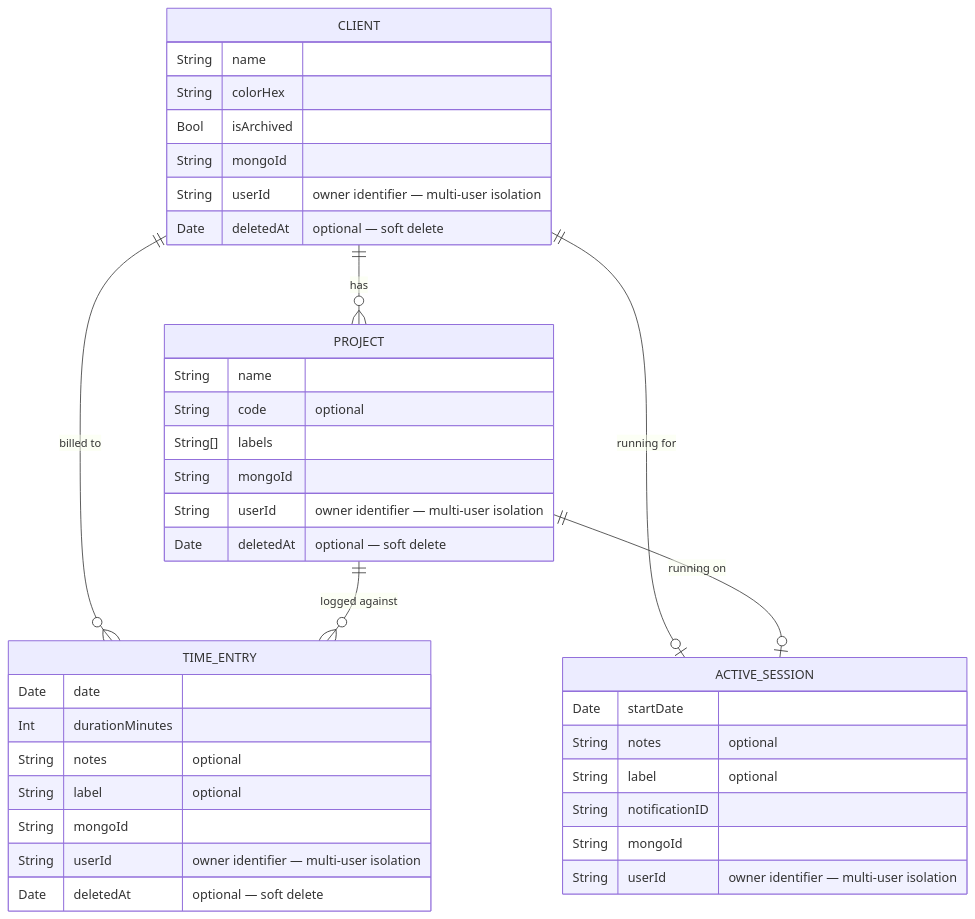
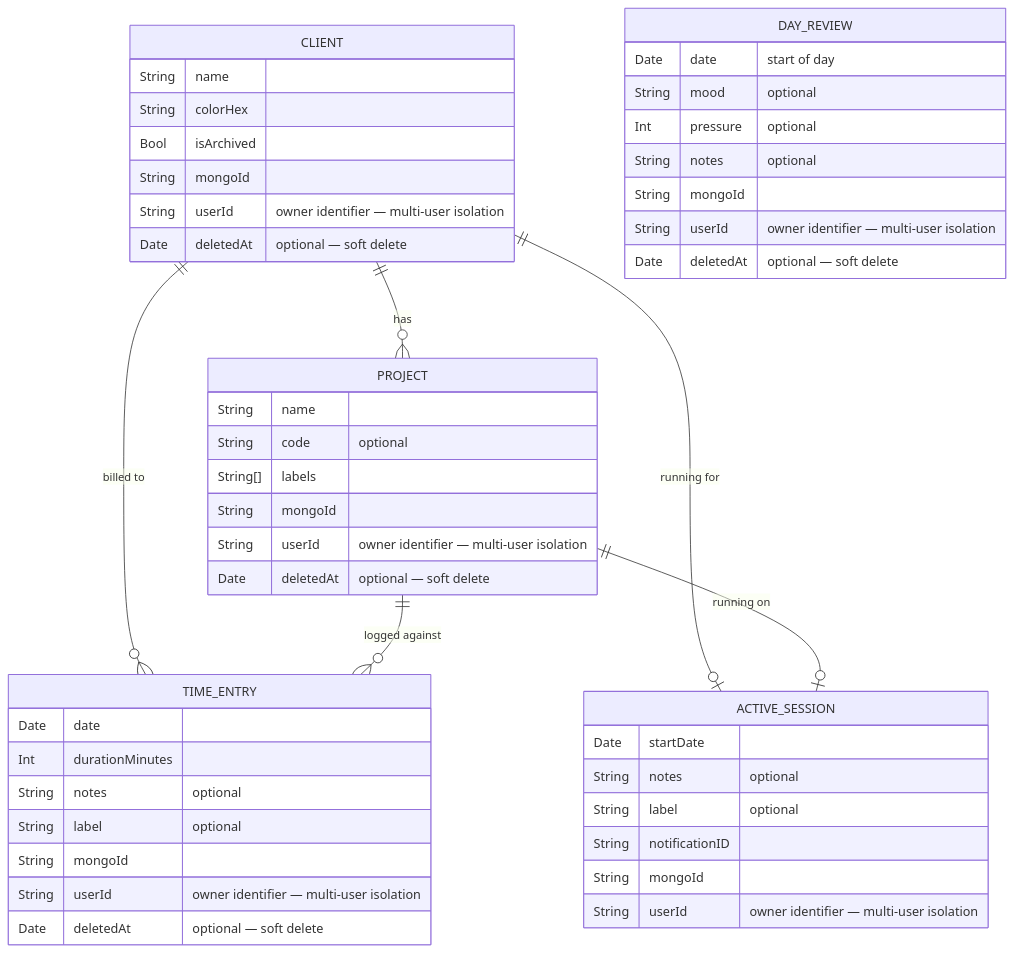
The first of 2 diagrams in docs/02-data-model.md (albertobarrago/timelog), drawn with Mermaid before and after one commit. The commit also changed other lines of this file and 27 other files, not shown here.

````diff
--- a/docs/02-data-model.md
+++ b/docs/02-data-model.md
@@ -5,42 +5,51 @@
 ```mermaid
 erDiagram
     CLIENT {
         String  name
         String  colorHex
         Bool    isArchived
         String  mongoId
         String  userId      "owner identifier — multi-user isolation"
         Date    deletedAt   "optional — soft delete"
     }
     PROJECT {
         String     name
         String     code        "optional"
         String[]   labels
         String     mongoId
         String     userId      "owner identifier — multi-user isolation"
         Date       deletedAt   "optional — soft delete"
     }
     TIME_ENTRY {
         Date    date
         Int     durationMinutes
         String  notes       "optional"
         String  label       "optional"
         String  mongoId
         String  userId      "owner identifier — multi-user isolation"
         Date    deletedAt   "optional — soft delete"
     }
     ACTIVE_SESSION {
         Date    startDate
         String  notes       "optional"
         String  label       "optional"
         String  notificationID
         String  mongoId
         String  userId      "owner identifier — multi-user isolation"
     }
+    DAY_REVIEW {
+        Date    date        "start of day"
+        String  mood        "optional"
+        Int     pressure    "optional"
+        String  notes       "optional"
+        String  mongoId
+        String  userId      "owner identifier — multi-user isolation"
+        Date    deletedAt   "optional — soft delete"
+    }
 
     CLIENT ||--o{ PROJECT       : "has"
     CLIENT ||--o{ TIME_ENTRY    : "billed to"
     CLIENT ||--o| ACTIVE_SESSION : "running for"
     PROJECT ||--o{ TIME_ENTRY   : "logged against"
     PROJECT ||--o| ACTIVE_SESSION : "running on"
 ```
````
